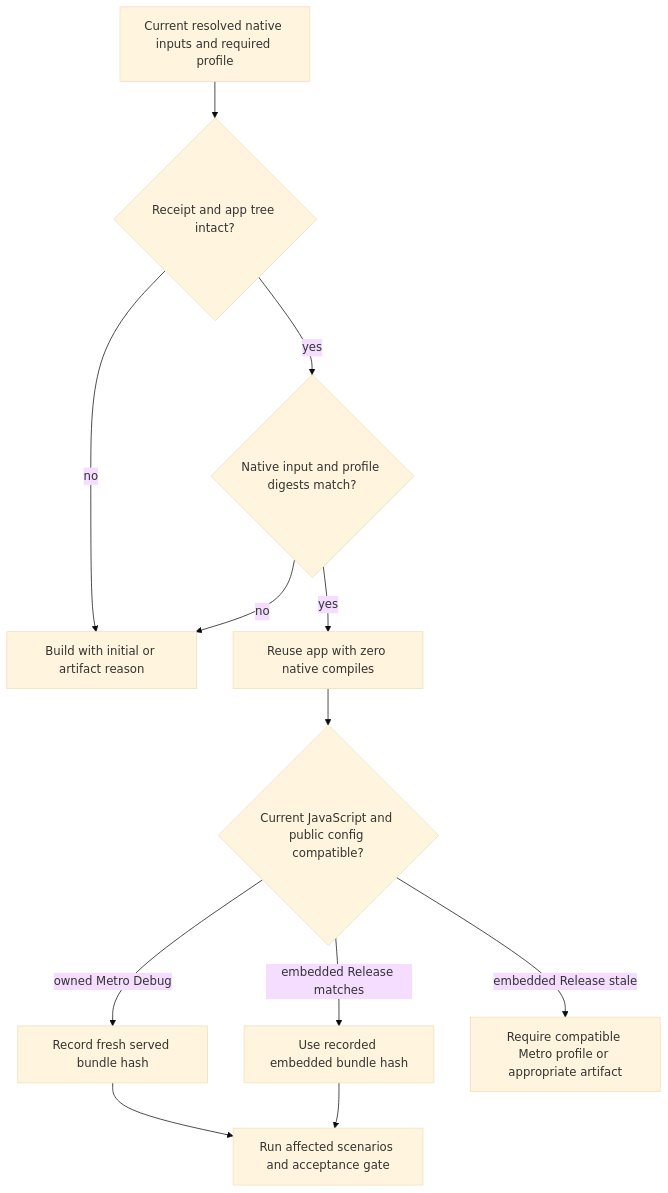
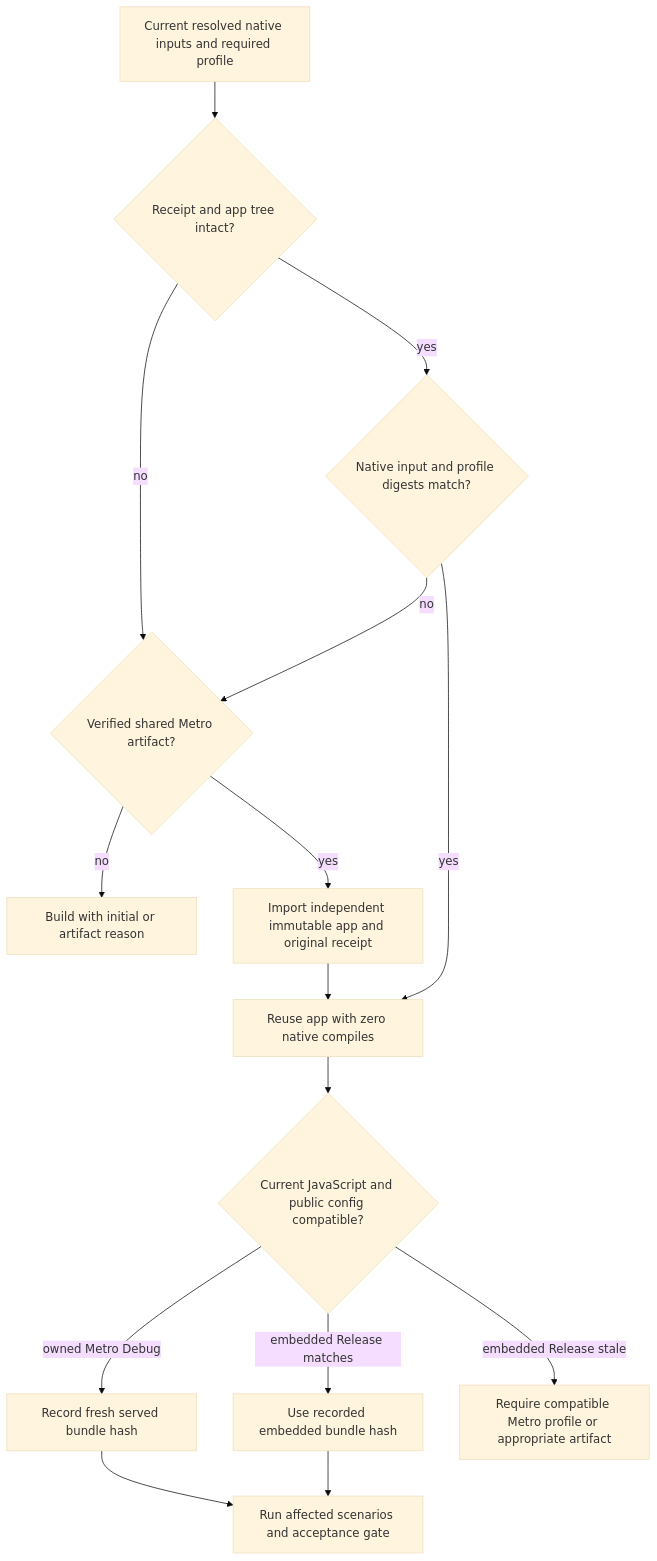
One commit to dgmolla/fitsy changed the diagram in docs/engineering/devops/native-binary-reuse.md. Above: the diagram before and after it, drawn with Mermaid (base theme). The commit also changed other lines of this file and 13 other files, not shown here.

````diff
--- a/docs/engineering/devops/native-binary-reuse.md
+++ b/docs/engineering/devops/native-binary-reuse.md
@@ -9,14 +10,17 @@
 ```mermaid
 flowchart TD
   C[Current resolved native inputs and required profile] --> D{Receipt and app tree intact?}
-  D -- no --> B[Build with initial or artifact reason]
+  D -- no --> C2{Verified shared Metro artifact?}
+  C2 -- no --> B[Build with initial or artifact reason]
+  C2 -- yes --> I[Import independent immutable app and original receipt]
+  I --> R
   D -- yes --> M{Native input and profile digests match?}
-  M -- no --> B
+  M -- no --> C2
   M -- yes --> R[Reuse app with zero native compiles]
   R --> J{Current JavaScript and public config compatible?}
   J -- owned Metro Debug --> S[Record fresh served bundle hash]
   J -- embedded Release matches --> E[Use recorded embedded bundle hash]
   J -- embedded Release stale --> P[Require compatible Metro profile or appropriate artifact]
   S --> A[Run affected scenarios and acceptance gate]
   E --> A
 ```
````
